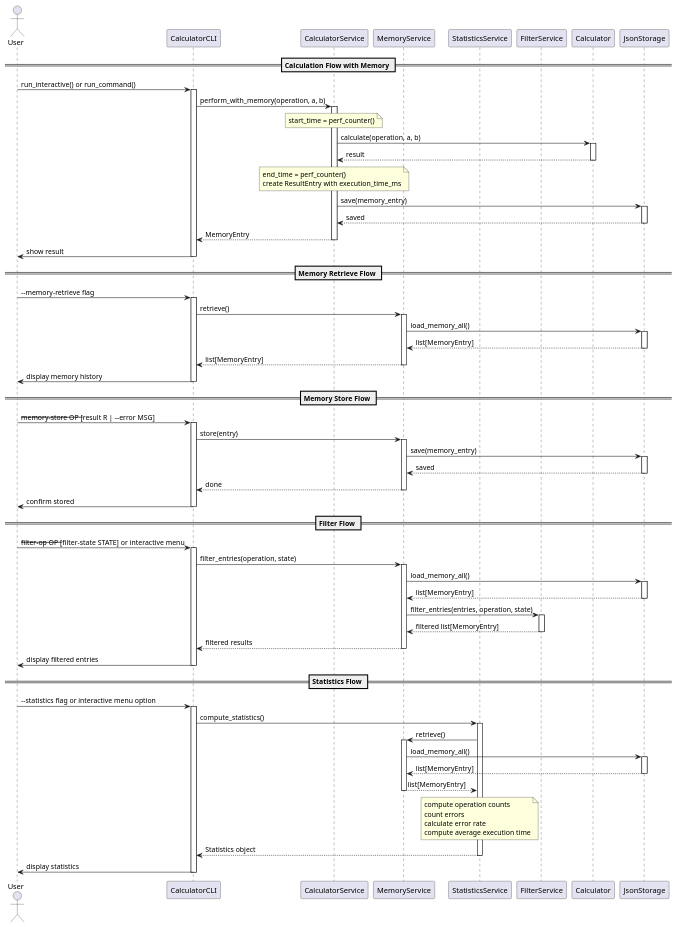
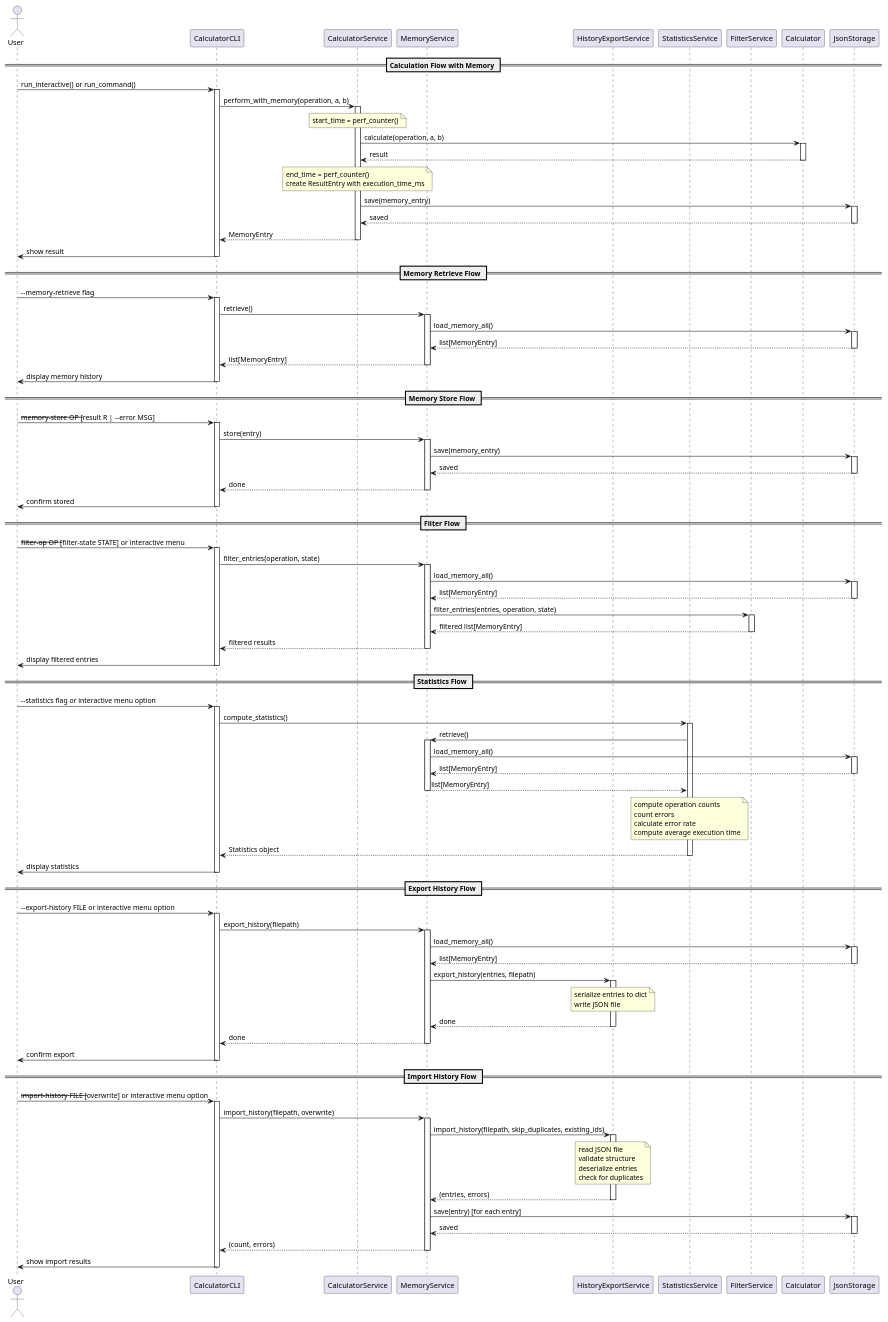
The diagram in experiments/broadcast/user_stories/calculator/artifacts/sequence_diagram.puml (DanielRiha8906/Software_autoevolution_using_agents), drawn with PlantUML before and after one commit. The commit also changed 15 other files, not shown here.

First line of the commit message:
task 07 | broadcast / user_stories / calculator

```diff
--- a/experiments/broadcast/user_stories/calculator/artifacts/sequence_diagram.puml
+++ b/experiments/broadcast/user_stories/calculator/artifacts/sequence_diagram.puml
@@ -1,124 +1,177 @@
 @startuml sequence_diagram
 
 actor User
 participant CalculatorCLI
 participant CalculatorService
 participant MemoryService
+participant HistoryExportService
 participant StatisticsService
 participant FilterService
 participant Calculator
 participant JsonStorage
 
 == Calculation Flow with Memory ==
 User -> CalculatorCLI: run_interactive() or run_command()
 activate CalculatorCLI
 
 CalculatorCLI -> CalculatorService: perform_with_memory(operation, a, b)
 activate CalculatorService
 
 note over CalculatorService: start_time = perf_counter()
 
 CalculatorService -> Calculator: calculate(operation, a, b)
 activate Calculator
 Calculator --> CalculatorService: result
 deactivate Calculator
 
 note over CalculatorService: end_time = perf_counter()\ncreate ResultEntry with execution_time_ms
 
 CalculatorService -> JsonStorage: save(memory_entry)
 activate JsonStorage
 JsonStorage --> CalculatorService: saved
 deactivate JsonStorage
 
 CalculatorService --> CalculatorCLI: MemoryEntry
 deactivate CalculatorService
 
 CalculatorCLI -> User: show result
 deactivate CalculatorCLI
 
 == Memory Retrieve Flow ==
 User -> CalculatorCLI: --memory-retrieve flag
 activate CalculatorCLI
 
 CalculatorCLI -> MemoryService: retrieve()
 activate MemoryService
 
 MemoryService -> JsonStorage: load_memory_all()
 activate JsonStorage
 JsonStorage --> MemoryService: list[MemoryEntry]
 deactivate JsonStorage
 
 MemoryService --> CalculatorCLI: list[MemoryEntry]
 deactivate MemoryService
 
 CalculatorCLI -> User: display memory history
 deactivate CalculatorCLI
 
 == Memory Store Flow ==
 User -> CalculatorCLI: --memory-store OP [--result R | --error MSG]
 activate CalculatorCLI
 
 CalculatorCLI -> MemoryService: store(entry)
 activate MemoryService
 
 MemoryService -> JsonStorage: save(memory_entry)
 activate JsonStorage
 JsonStorage --> MemoryService: saved
 deactivate JsonStorage
 
 MemoryService --> CalculatorCLI: done
 deactivate MemoryService
 
 CalculatorCLI -> User: confirm stored
 deactivate CalculatorCLI
 
 == Filter Flow ==
 User -> CalculatorCLI: --filter-op OP [--filter-state STATE] or interactive menu
 activate CalculatorCLI
 
 CalculatorCLI -> MemoryService: filter_entries(operation, state)
 activate MemoryService
 
 MemoryService -> JsonStorage: load_memory_all()
 activate JsonStorage
 JsonStorage --> MemoryService: list[MemoryEntry]
 deactivate JsonStorage
 
 MemoryService -> FilterService: filter_entries(entries, operation, state)
 activate FilterService
 FilterService --> MemoryService: filtered list[MemoryEntry]
 deactivate FilterService
 
 MemoryService --> CalculatorCLI: filtered results
 deactivate MemoryService
 
 CalculatorCLI -> User: display filtered entries
 deactivate CalculatorCLI
 
 == Statistics Flow ==
 User -> CalculatorCLI: --statistics flag or interactive menu option
 activate CalculatorCLI
 
 CalculatorCLI -> StatisticsService: compute_statistics()
 activate StatisticsService
 
 StatisticsService -> MemoryService: retrieve()
 activate MemoryService
 
 MemoryService -> JsonStorage: load_memory_all()
 activate JsonStorage
 JsonStorage --> MemoryService: list[MemoryEntry]
 deactivate JsonStorage
 
 MemoryService --> StatisticsService: list[MemoryEntry]
 deactivate MemoryService
 
 note over StatisticsService: compute operation counts\ncount errors\ncalculate error rate\ncompute average execution time
 
 StatisticsService --> CalculatorCLI: Statistics object
 deactivate StatisticsService
 
 CalculatorCLI -> User: display statistics
 deactivate CalculatorCLI
 
+== Export History Flow ==
+User -> CalculatorCLI: --export-history FILE or interactive menu option
+activate CalculatorCLI
+
+CalculatorCLI -> MemoryService: export_history(filepath)
+activate MemoryService
+
+MemoryService -> JsonStorage: load_memory_all()
+activate JsonStorage
+JsonStorage --> MemoryService: list[MemoryEntry]
+deactivate JsonStorage
+
+MemoryService -> HistoryExportService: export_history(entries, filepath)
+activate HistoryExportService
+
+note over HistoryExportService: serialize entries to dict\nwrite JSON file
+
+HistoryExportService --> MemoryService: done
+deactivate HistoryExportService
+
+MemoryService --> CalculatorCLI: done
+deactivate MemoryService
+
+CalculatorCLI -> User: confirm export
+deactivate CalculatorCLI
+
+== Import History Flow ==
+User -> CalculatorCLI: --import-history FILE [--overwrite] or interactive menu option
+activate CalculatorCLI
+
+CalculatorCLI -> MemoryService: import_history(filepath, overwrite)
+activate MemoryService
+
+MemoryService -> HistoryExportService: import_history(filepath, skip_duplicates, existing_ids)
+activate HistoryExportService
+
+note over HistoryExportService: read JSON file\nvalidate structure\ndeserialize entries\ncheck for duplicates
+
+HistoryExportService --> MemoryService: (entries, errors)
+deactivate HistoryExportService
+
+MemoryService -> JsonStorage: save(entry) [for each entry]
+activate JsonStorage
+JsonStorage --> MemoryService: saved
+deactivate JsonStorage
+
+MemoryService --> CalculatorCLI: (count, errors)
+deactivate MemoryService
+
+CalculatorCLI -> User: show import results
+deactivate CalculatorCLI
+
 @enduml
```
